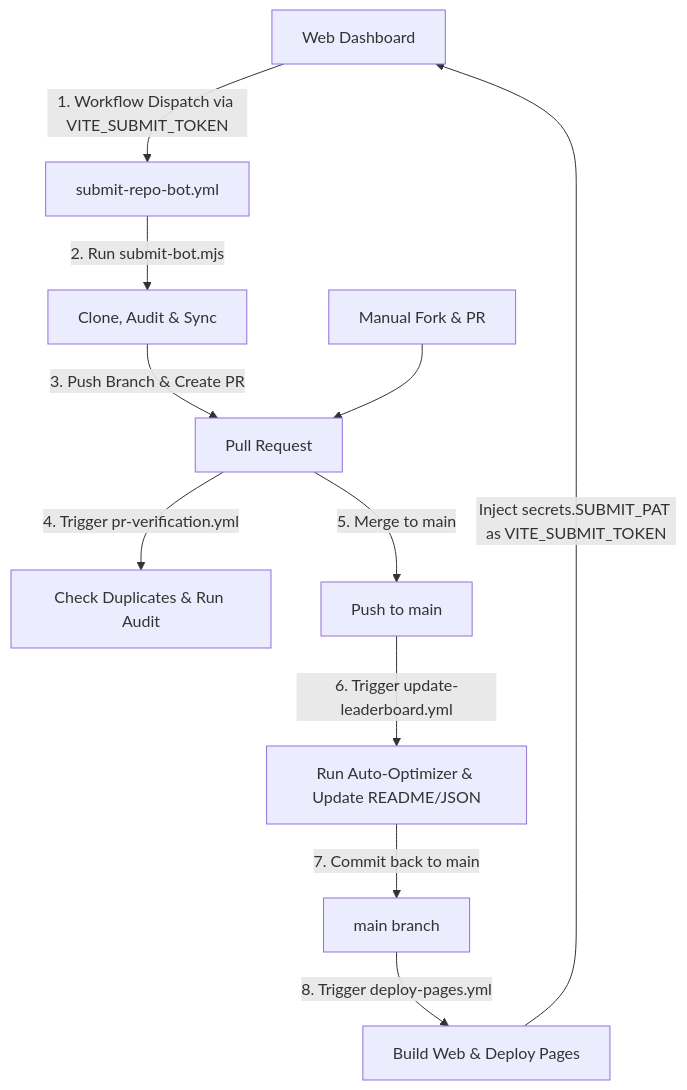
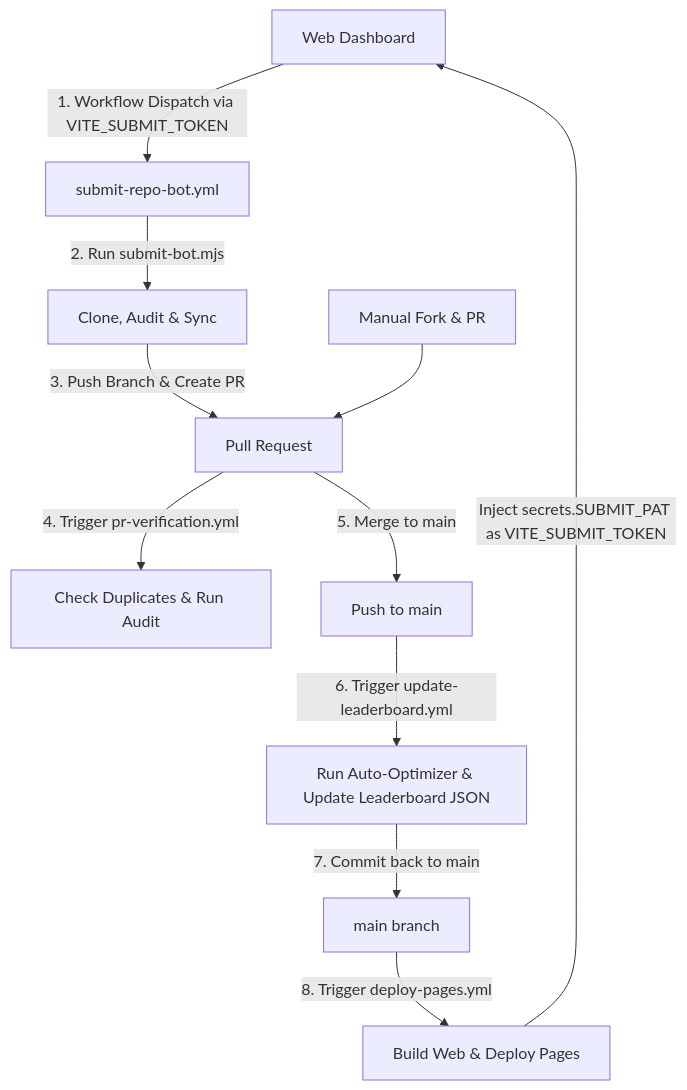
One commit to ThanhNguyxnOrg/SkillGauge changed the diagram in docs/ci_pipeline.md. Above: the diagram before and after it, drawn with Mermaid. The commit also changed other lines of this file and 2 other files, not shown here.

Commit message:
feat(workflow/cli): add re-audit workflow and preserve metadata on leaderboard updates

````diff
--- a/docs/ci_pipeline.md
+++ b/docs/ci_pipeline.md
@@ -11,20 +11,20 @@
 ```mermaid
 graph TD
     %% Web Submission Flow
     Web[Web Dashboard] -->|1. Workflow Dispatch via VITE_SUBMIT_TOKEN| SubmitWorkflow[submit-repo-bot.yml]
     SubmitWorkflow -->|2. Run submit-bot.mjs| BotScript[Clone, Audit & Sync]
     BotScript -->|3. Push Branch & Create PR| PR[Pull Request]
 
     %% PR Verification Flow
     Manual[Manual Fork & PR] --> PR
     PR -->|4. Trigger pr-verification.yml| Verify[Check Duplicates & Run Audit]
 
     %% Merge / Update Leaderboard Flow
     PR -->|5. Merge to main| Merge[Push to main]
-    Merge -->|6. Trigger update-leaderboard.yml| UpdateLeaderboard[Run Auto-Optimizer & Update README/JSON]
+    Merge -->|6. Trigger update-leaderboard.yml| UpdateLeaderboard[Run Auto-Optimizer & Update Leaderboard JSON]
     UpdateLeaderboard -->|7. Commit back to main| MainRepo[main branch]
 
     %% Deploy Web Dashboard
     MainRepo -->|8. Trigger deploy-pages.yml| DeployPages[Build Web & Deploy Pages]
     DeployPages -->|Inject secrets.SUBMIT_PAT as VITE_SUBMIT_TOKEN| Web
 ```
````
